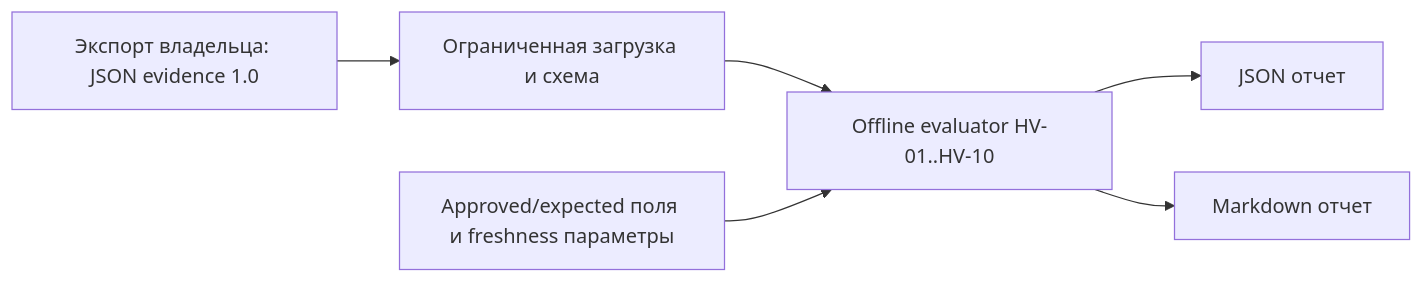
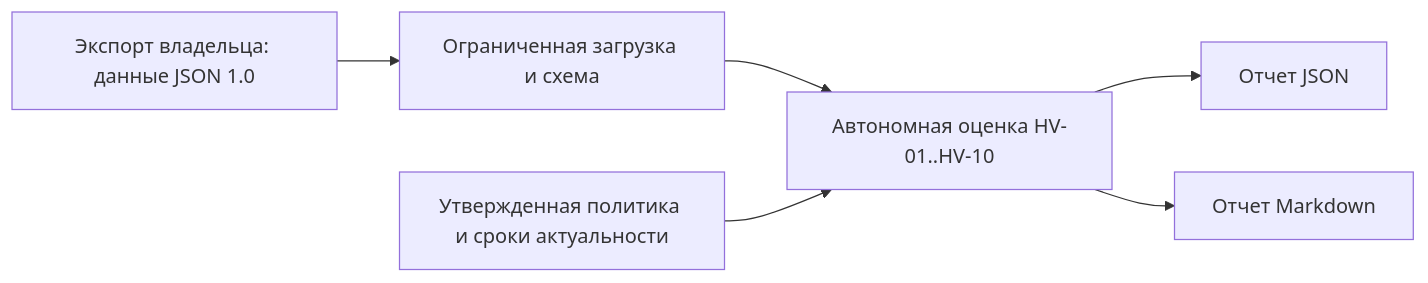
The diagram in docs/architecture.md (mejustbox-byte/hyperv-opsec-auditor), drawn with Mermaid before and after one commit. The commit also changed other lines of this file and 59 other files, not shown here.

````diff
--- a/docs/architecture.md
+++ b/docs/architecture.md
@@ -3,8 +3,8 @@
 ```mermaid
 flowchart LR
-  E[Экспорт владельца: JSON evidence 1.0] --> L[Ограниченная загрузка и схема]
-  L --> V[Offline evaluator HV-01..HV-10]
-  P[Approved/expected поля и freshness параметры] --> V
-  V --> J[JSON отчет]
-  V --> M[Markdown отчет]
+  E[Экспорт владельца: данные JSON 1.0] --> L[Ограниченная загрузка и схема]
+  L --> V[Автономная оценка HV-01..HV-10]
+  P[Утвержденная политика и сроки актуальности] --> V
+  V --> J[Отчет JSON]
+  V --> M[Отчет Markdown]
 ```
````
